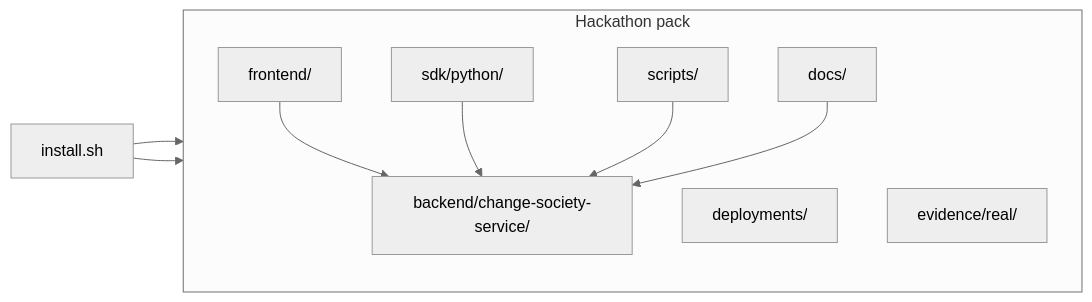
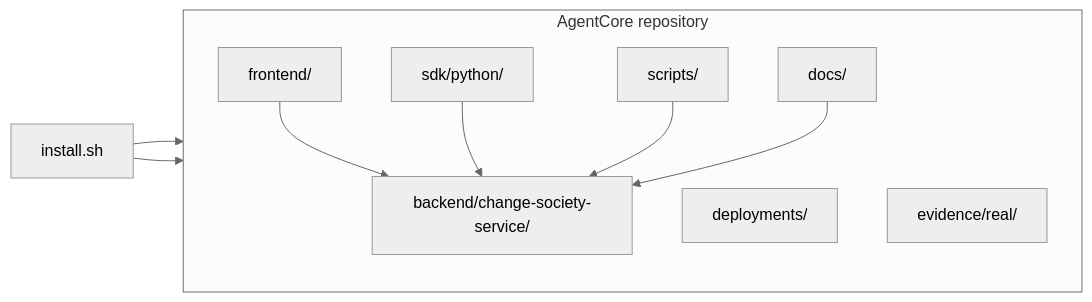
The first of 2 diagrams in README.md (Sepideh-Asadollahi/AgentCore-Hackathon), drawn with Mermaid (neutral theme) before and after one commit. The commit also changed other lines of this file and 54 other files, not shown here.

````diff
--- a/README.md
+++ b/README.md
@@ -52,20 +51,20 @@
 ```mermaid
 flowchart LR
-  subgraph pack["Hackathon pack"]
+  subgraph pack["AgentCore repository"]
     direction TB
     docs["docs/"]
     be["backend/change-society-service/"]
     fe["frontend/"]
     sdk["sdk/python/"]
     scripts["scripts/"]
     deploy["deployments/"]
     ev["evidence/real/"]
   end
 
   install["install.sh"] --> be
   install --> fe
   fe --> be
   sdk --> be
   scripts --> be
   docs --> be
 ```
````
